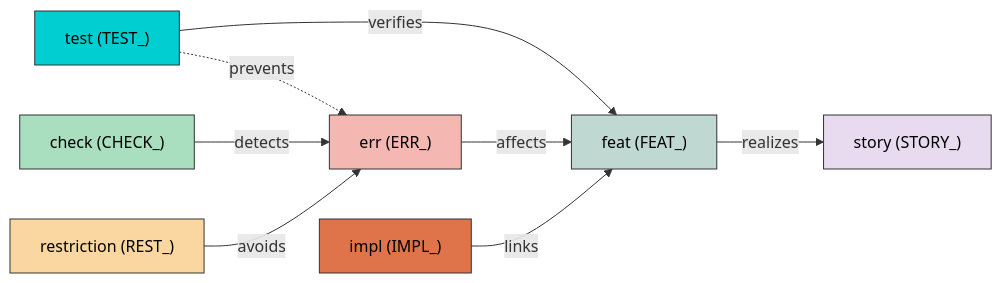
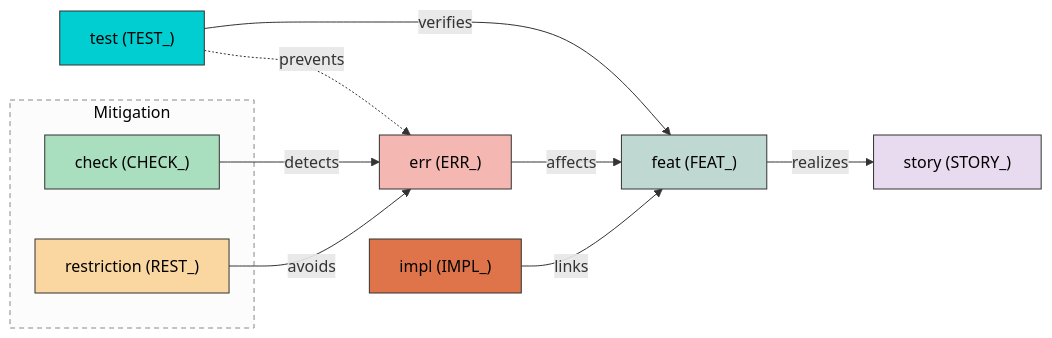
Before and after one commit to useblocks/sphinx-mounts: the diagram in docs/source/specs/approach.rst, drawn with Mermaid. The commit also changed other lines of this file, not shown here.

Commit message:
🎨 Frame check + restriction as a "Mitigation" group in the diagram
Wrap the check and restriction nodes in a Mermaid subgraph labelled
"Mitigation" (dashed frame) in approach.rst, so the diagram visually
separates the two mitigation treatments from prevention (test). Add a
sentence noting the grouping.

```diff
--- a/docs/source/specs/approach.rst
+++ b/docs/source/specs/approach.rst
@@ -12,27 +12,30 @@
 .. mermaid::
 
    flowchart LR
        test["test (TEST_)"]
-       check["check (CHECK_)"]
-       rest["restriction (REST_)"]
+       subgraph mitigation["Mitigation"]
+           check["check (CHECK_)"]
+           rest["restriction (REST_)"]
+       end
        err["err (ERR_)"]
        feat["feat (FEAT_)"]
        story["story (STORY_)"]
        impl["impl (IMPL_)"]
 
        test -->|verifies| feat
        test -.->|prevents| err
        check -->|detects| err
        rest -->|avoids| err
        err -->|affects| feat
        feat -->|realizes| story
        impl -->|links| feat
 
        %% node fills match each need type's declared color in ubproject.toml
        style story fill:#E8DAEF,stroke:#333,color:#000
        style feat fill:#BFD8D2,stroke:#333,color:#000
        style err fill:#F5B7B1,stroke:#333,color:#000
        style check fill:#A9DFBF,stroke:#333,color:#000
        style rest fill:#FAD7A0,stroke:#333,color:#000
        style impl fill:#DF744A,stroke:#333,color:#000
        style test fill:#00CED1,stroke:#333,color:#000
+       style mitigation fill:#FCFCFC,stroke:#888,stroke-dasharray:5 4,color:#000
```
